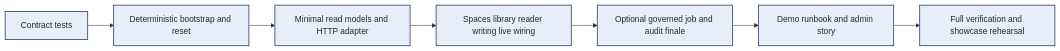
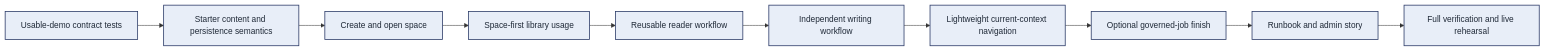
The diagram in docs/plans/2026-03-22-jixia-native-demo-showcase-implementation.md (1508324011/Jixia), drawn with Mermaid before and after one commit. The commit also changed other lines of this file and 21 other files, not shown here.

Commit message:
feat: pivot native demo toward usable persisted workflows

````diff
--- a/docs/plans/2026-03-22-jixia-native-demo-showcase-implementation.md
+++ b/docs/plans/2026-03-22-jixia-native-demo-showcase-implementation.md
@@ -36,19 +32,22 @@
 ```mermaid
 flowchart LR
-    accTitle: Native Demo Implementation Flow
-    accDescr: The native demo plan first locks the bootstrap and runbook contract, then seeds deterministic data, adds the minimal HTTP surface, wires the browser shell to real data, optionally adds governed-job showcase surfaces, and finishes with a runbook plus final verification.
+    accTitle: Space-First Demo Flow
+    accDescr: The usable-demo plan first redefines the contract, then proves persistence and create/open space behavior, broadens the space-first library-reader-writing loop, adds only lightweight navigation, and finishes with docs plus final verification.
 
-    contract["Contract tests"]
-    seed["Deterministic bootstrap and reset"]
-    api["Minimal read models and HTTP adapter"]
-    ui["Spaces library reader writing live wiring"]
-    jobs["Optional governed job and audit finale"]
-    docs["Demo runbook and admin story"]
-    verify["Full verification and showcase rehearsal"]
+    contract["Usable-demo contract tests"]
+    persistence["Starter content and persistence semantics"]
+    spaces["Create and open space"]
+    library["Space-first library usage"]
+    reader["Reusable reader workflow"]
+    writing["Independent writing workflow"]
+    shell["Lightweight current-context navigation"]
+    jobs["Optional governed-job finish"]
+    docs["Runbook and admin story"]
+    verify["Full verification and live rehearsal"]
 
-    contract --> seed --> api --> ui --> jobs --> docs --> verify
+    contract --> persistence --> spaces --> library --> reader --> writing --> shell --> jobs --> docs --> verify
 
     classDef primary fill:#e8eef8,stroke:#2b3a67,stroke-width:1.5px,color:#1f2937
 
-    class contract,seed,api,ui,jobs,docs,verify primary
+    class contract,persistence,spaces,library,reader,writing,shell,jobs,docs,verify primary
 ```
````
